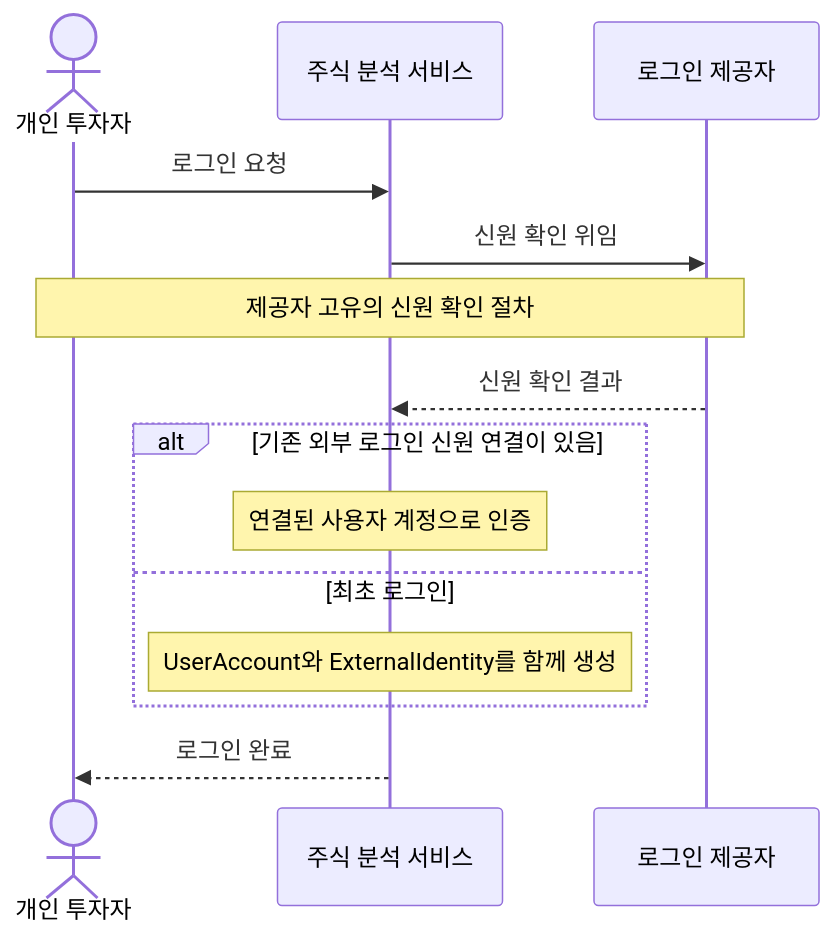
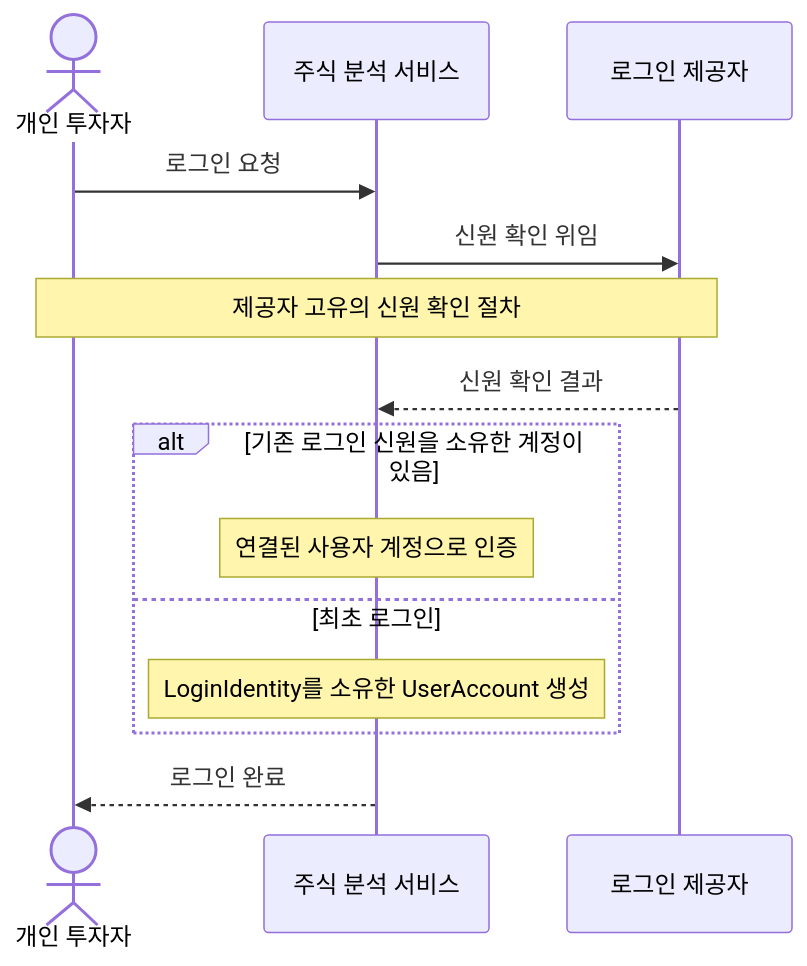
Before and after one commit to PhilPark-geosr/stock-agent: the fifth of 7 diagrams in design/login_feature_design.md, drawn with Mermaid. The commit also changed other lines of this file and 1 other file, not shown here.

Commit message:
docs: define login identity value object

````diff
--- a/design/login_feature_design.md
+++ b/design/login_feature_design.md
@@ -193,19 +194,19 @@
 ```mermaid
 sequenceDiagram
     actor Investor as 개인 투자자
     participant System as 주식 분석 서비스
     participant Provider as 로그인 제공자
 
     Investor->>System: 로그인 요청
     System->>Provider: 신원 확인 위임
     Note over Investor,Provider: 제공자 고유의 신원 확인 절차
     Provider-->>System: 신원 확인 결과
 
-    alt 기존 외부 로그인 신원 연결이 있음
+    alt 기존 로그인 신원을 소유한 계정이 있음
         Note over System: 연결된 사용자 계정으로 인증
     else 최초 로그인
-        Note over System: UserAccount와 ExternalIdentity를 함께 생성
+        Note over System: LoginIdentity를 소유한 UserAccount 생성
     end
 
     System-->>Investor: 로그인 완료
 ```
````
